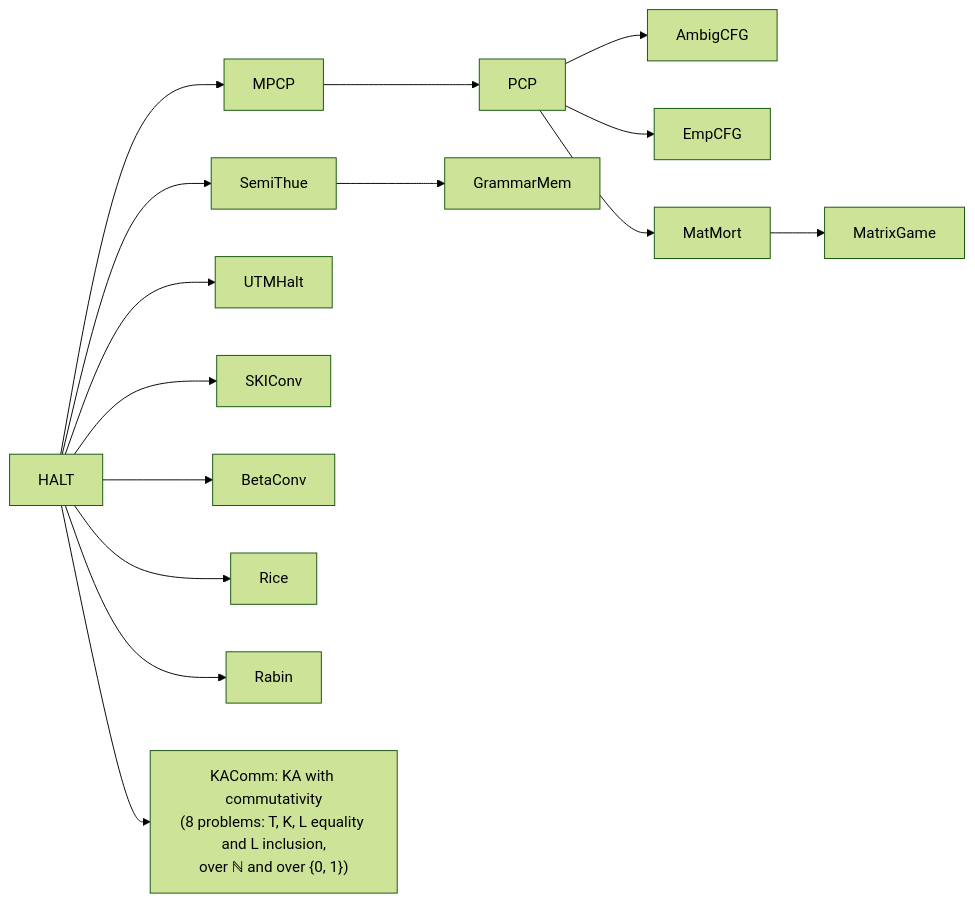
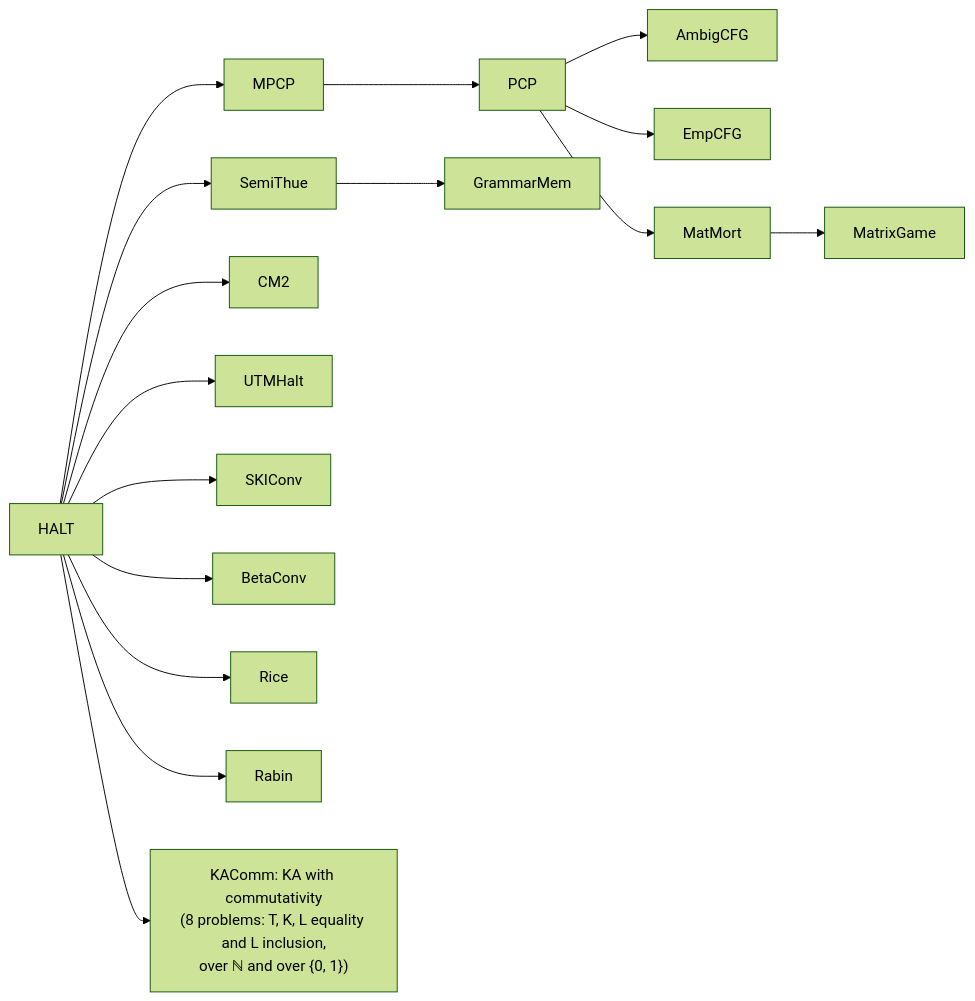
The diagram in README.md (DiagonaLean/DiagonaLean), drawn with Mermaid (forest theme) before and after one commit. The commit also changed other lines of this file and 15 other files, not shown here.

````diff
--- a/README.md
+++ b/README.md
@@ -21,15 +21,16 @@
 ```mermaid
 graph LR
   HALT --> MPCP --> PCP
   HALT --> SemiThue --> GrammarMem
   PCP --> AmbigCFG
   PCP --> EmpCFG
   PCP --> MatMort
   MatMort --> MatrixGame
+  HALT --> CM2
   HALT --> UTMHalt
   HALT --> SKIConv
   HALT --> BetaConv
   HALT --> Rice
   HALT --> Rabin
   HALT --> KA["KAComm: KA with commutativity<br/>(8 problems: T, K, L equality and L inclusion,<br/>over ℕ and over {0, 1})"]
 ```
````
